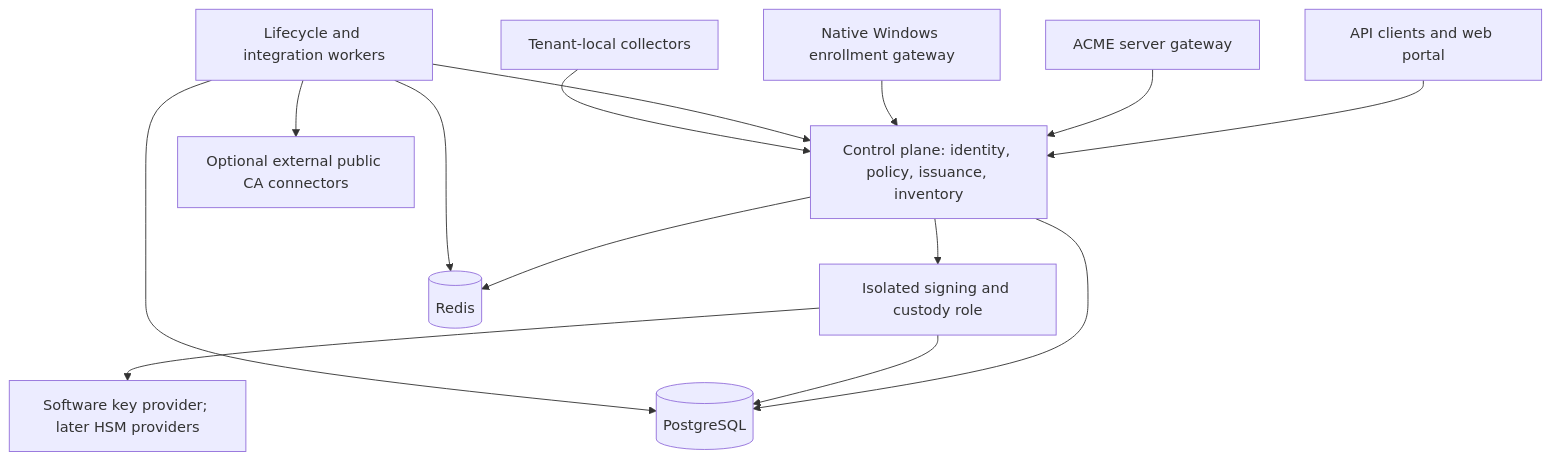
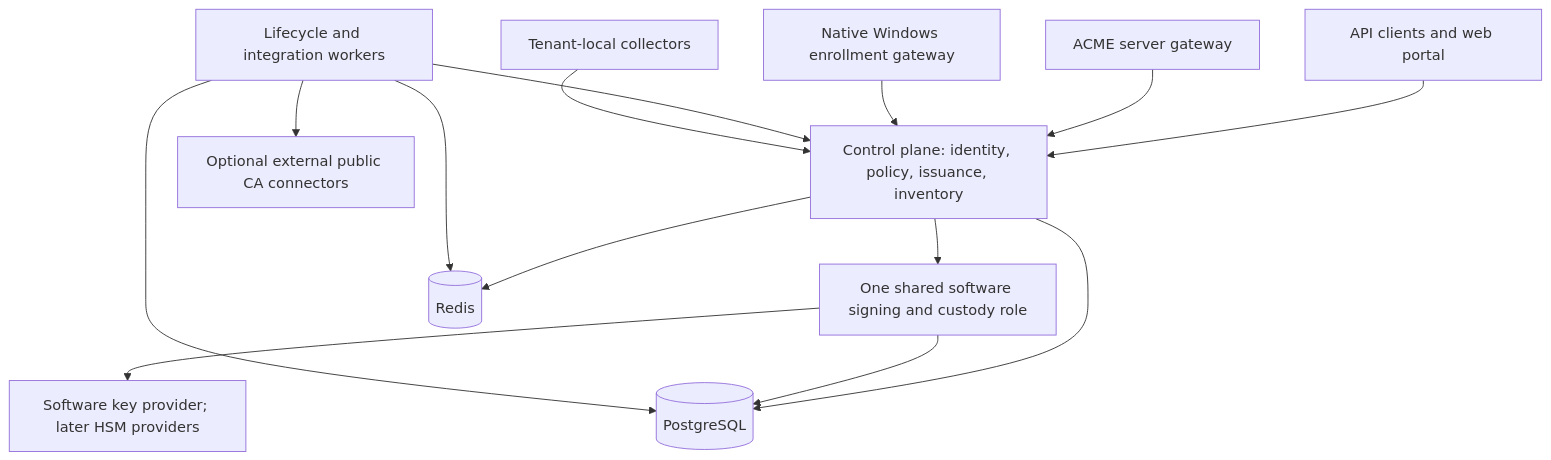
The diagram in docs/architecture.md (benhook1013/FireCA), drawn with Mermaid before and after one commit. The commit also changed other lines of this file and 20 other files, not shown here.

````diff
--- a/docs/architecture.md
+++ b/docs/architecture.md
@@ -11,16 +13,16 @@
 ```mermaid
 flowchart TD
     Clients[API clients and web portal] --> Control[Control plane: identity, policy, issuance, inventory]
     ACME[ACME server gateway] --> Control
     Windows[Native Windows enrollment gateway] --> Control
-    Control --> Signer[Isolated signing and custody role]
+    Control --> Signer[One shared software signing and custody role]
     Signer --> Providers[Software key provider; later HSM providers]
     Control --> DB[(PostgreSQL)]
     Signer --> DB
     Control --> Redis[(Redis)]
     Workers[Lifecycle and integration workers] --> DB
     Workers --> Redis
     Workers --> Control
     Collectors[Tenant-local collectors] --> Control
     Workers --> PublicCA[Optional external public CA connectors]
 ```
````
